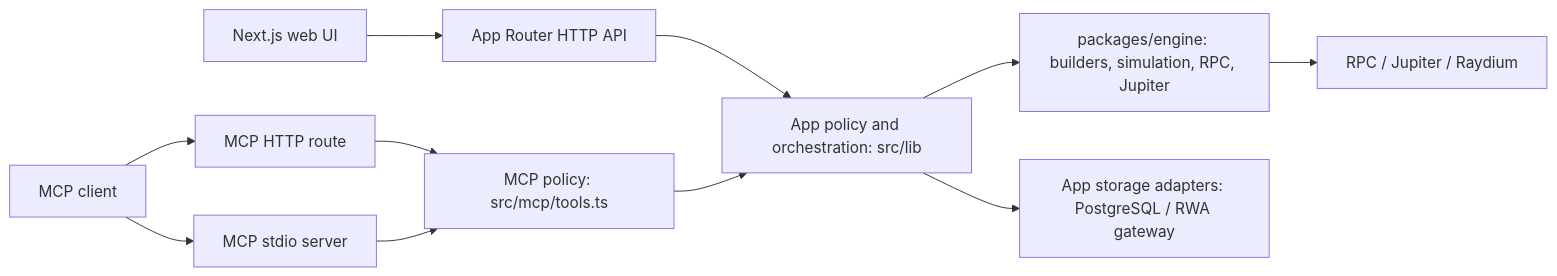
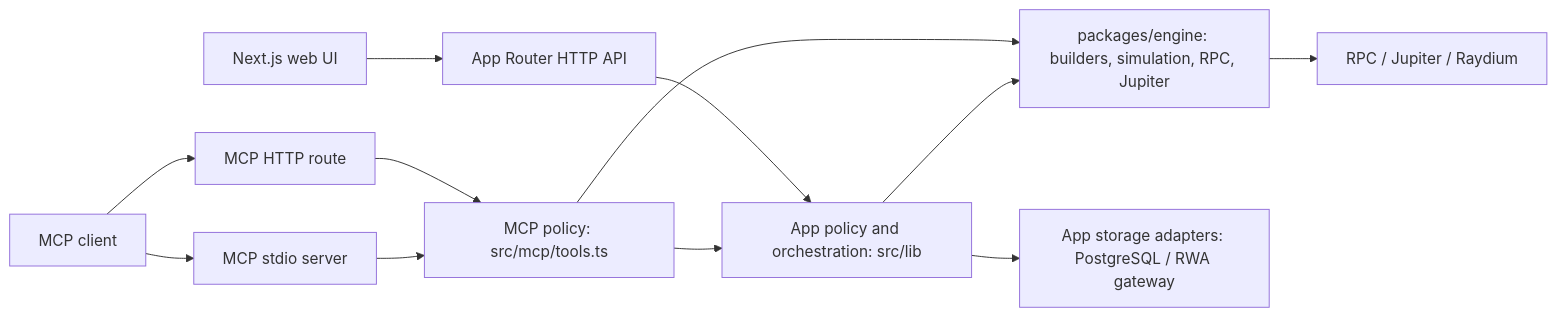
Before and after one commit to truenorth-lj/sofinance-public: the diagram in README.md, drawn with Mermaid. The commit also changed other lines of this file, not shown here.

Commit message:
docs: clarify app and engine orchestration ownership

````diff
--- a/README.md
+++ b/README.md
@@ -423,13 +423,14 @@
 ```mermaid
 flowchart LR
   Web[Next.js web UI] --> API[App Router HTTP API]
   Agent[MCP client] --> HTTP[MCP HTTP route]
   Agent --> Stdio[MCP stdio server]
   API --> App["App policy and orchestration: src/lib"]
   HTTP --> Tools["MCP policy: src/mcp/tools.ts"]
   Stdio --> Tools
   Tools --> App
+  Tools --> Engine
   App --> Engine["packages/engine: builders, simulation, RPC, Jupiter"]
   App --> Store["App storage adapters: PostgreSQL / RWA gateway"]
   Engine --> Providers[RPC / Jupiter / Raydium]
 ```
````
